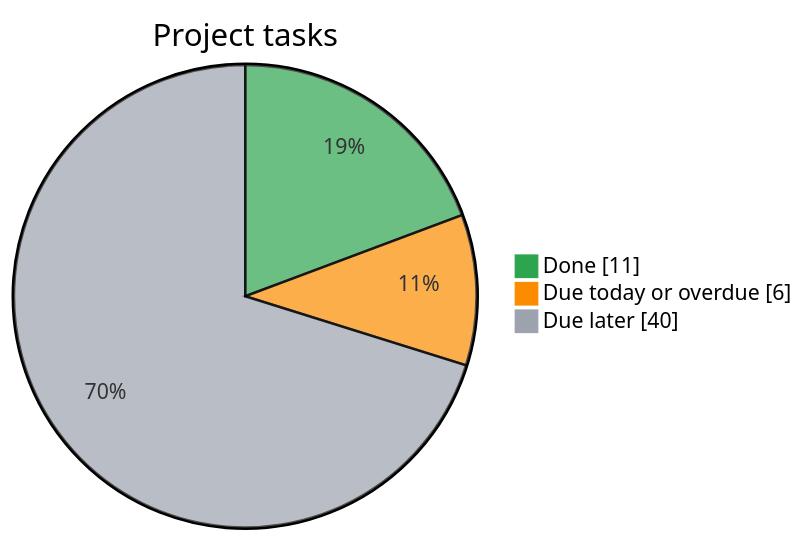
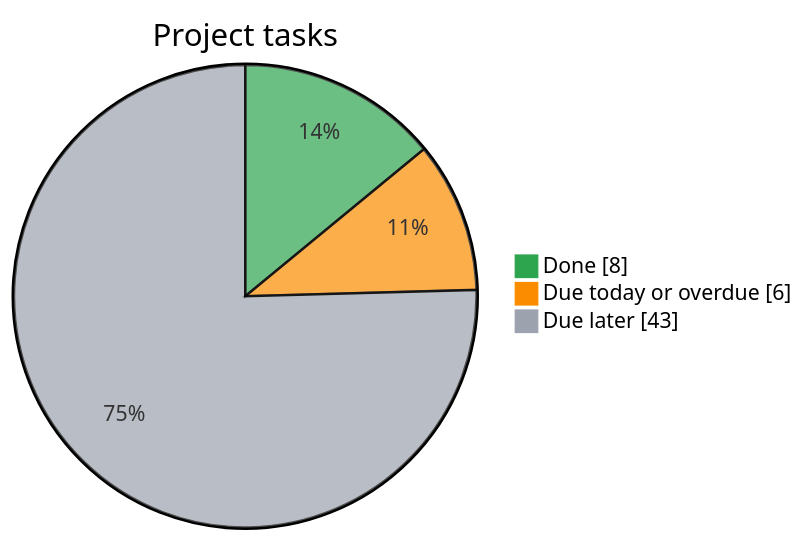
The diagram in README.md (Kr1sKros/IKT466-Corporate-Bankruptcy-Predictor), drawn with Mermaid before and after one commit. The commit also changed other lines of this file, not shown here.

Commit message:
docs: refresh task dashboard

````diff
--- a/README.md
+++ b/README.md
@@ -8,8 +8,8 @@
 ```mermaid
 %%{init: {"themeVariables": {"pie1": "#2da44e", "pie2": "#fb8c00", "pie3": "#9ca3af"}}}%%
 pie showData
     title Project tasks
-    "Done" : 11
+    "Done" : 8
     "Due today or overdue" : 6
-    "Due later" : 40
+    "Due later" : 43
 ```
````
